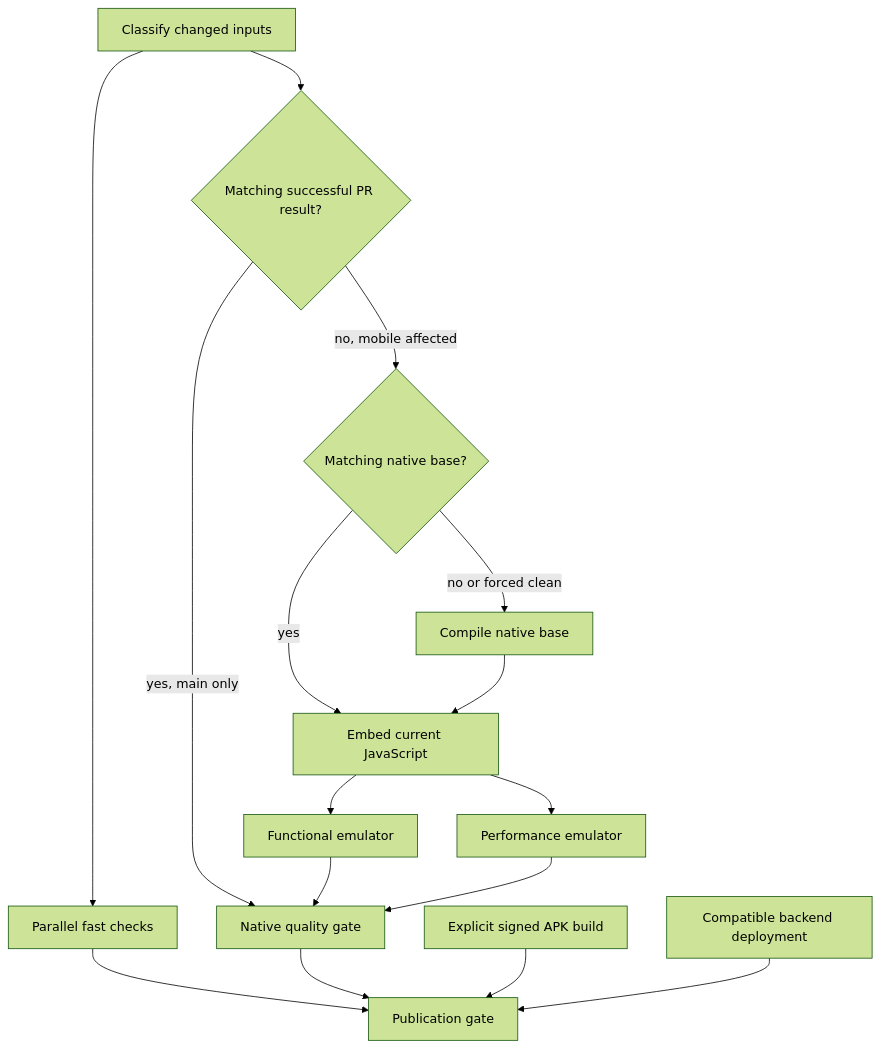
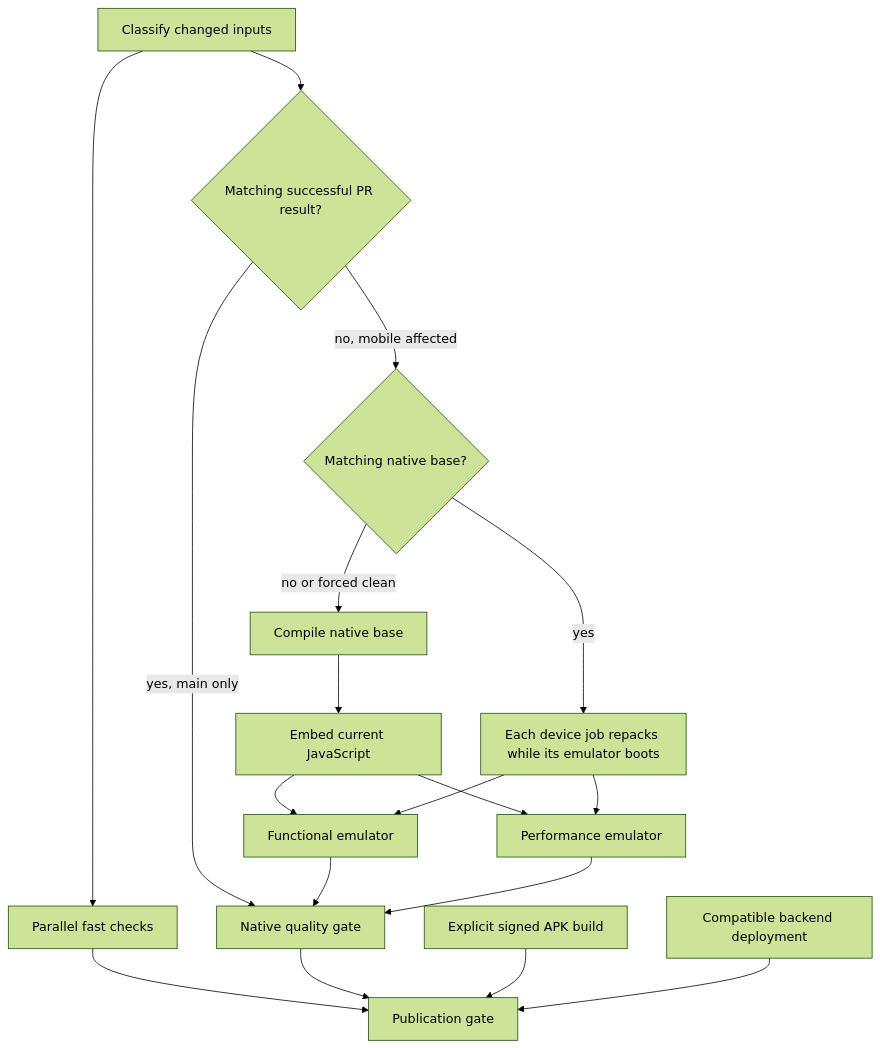
One commit to Snehit70/pravah changed the diagram in docs/mobile/ci-pipeline.md. Above: the diagram before and after it, drawn with Mermaid (forest theme). The commit also changed other lines of this file and 8 other files, not shown here.

First line of the commit message:
perf(mobile-ci): repack on device runners when the native base is cached

````diff
--- a/docs/mobile/ci-pipeline.md
+++ b/docs/mobile/ci-pipeline.md
@@ -9,18 +9,20 @@
 ```mermaid
 flowchart TD
   Change[Classify changed inputs] --> Fast[Parallel fast checks]
   Change --> Reuse{Matching successful PR result?}
   Reuse -->|yes, main only| Gate[Native quality gate]
   Reuse -->|no, mobile affected| Base{Matching native base?}
-  Base -->|yes| Repack[Embed current JavaScript]
+  Base -->|yes| Warm[Each device job repacks while its emulator boots]
   Base -->|no or forced clean| Compile[Compile native base]
-  Compile --> Repack
+  Compile --> Repack[Embed current JavaScript]
   Repack --> Workflows[Functional emulator]
   Repack --> Performance[Performance emulator]
+  Warm --> Workflows
+  Warm --> Performance
   Workflows --> Gate
   Performance --> Gate
   Fast --> Publish[Publication gate]
   Gate --> Publish
   Signed[Explicit signed APK build] --> Publish
   Backend[Compatible backend deployment] --> Publish
 ```
````
